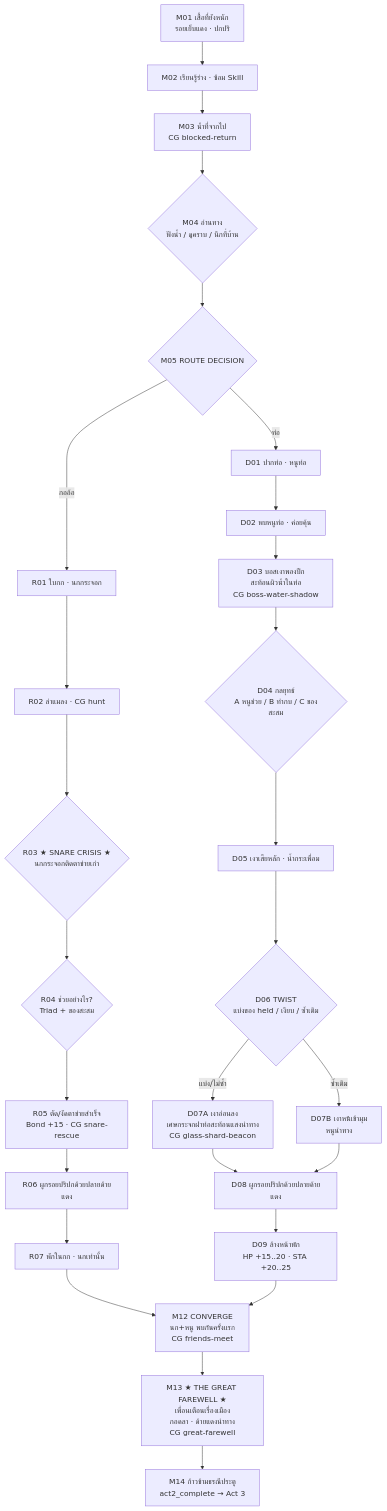
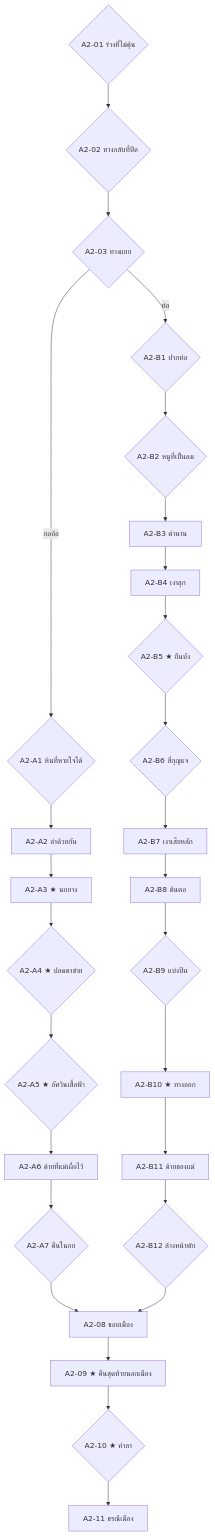
One commit to T3thr/JaoKob changed the diagram in docs/design-system/act2-living-keepsake-rewrite-blueprint.md. Above: the diagram before and after it, drawn with Mermaid. The commit also changed other lines of this file and 12 other files, not shown here.

````diff
--- a/docs/design-system/act2-living-keepsake-rewrite-blueprint.md
+++ b/docs/design-system/act2-living-keepsake-rewrite-blueprint.md
@@ -60,33 +56,15 @@
 ```mermaid
 flowchart TD
-  M01["M01 เสื้อที่ยังหนัก<br/>รอยเย็บแดง · ปกปริ"] --> M02["M02 เรียนรู้ร่าง · ซ้อม Skill"]
-  M02 --> M03["M03 น้ำที่จากไป<br/>CG blocked-return"]
-  M03 --> M04{"M04 อ่านทาง<br/>ฟังน้ำ / ดูคราบ / นึกที่บ้าน"}
-  M04 --> M05{"M05 ROUTE DECISION"}
-
-  M05 -->|กออ้อ| R01["R01 ใบกก · นกกระจอก"]
-  M05 -->|ท่อ| D01["D01 ปากท่อ · หนูท่อ"]
-
-  R01 --> R02["R02 ล่าแมลง · CG hunt"]
-  R02 --> R03{"R03 ★ SNARE CRISIS ★<br/>นกกระจอกติดตาข่ายเก่า"}
-  R03 --> R04{"R04 ช่วยอย่างไร?<br/>Triad + ของสะสม"}
-  R04 --> R05["R05 ตัด/งัดตาข่ายสำเร็จ<br/>Bond +15 · CG snare-rescue"]
-  R05 --> R06["R06 ผูกรอยปริปกด้วยปลายด้ายแดง"]
-  R06 --> R07["R07 พักในกก · นกเท่านั้น"]
-  R07 --> M12
-
-  D01 --> D02["D02 พบหนูท่อ · ค่อยคุ้น"]
-  D02 --> D03["D03 บอสเงาพองปีก<br/>สะท้อนผิวน้ำในท่อ<br/>CG boss-water-shadow"]
-  D03 --> D04{"D04 กลยุทธ์<br/>A หนูช่วย / B ท่ากบ / C ของสะสม"}
-  D04 --> D05["D05 เงาเสียหลัก · น้ำกระเพื่อม"]
-  D05 --> D06{"D06 TWIST<br/>แบ่งของ held / เงียบ / ซ้ำเติม"}
-  D06 -->|แบ่ง/ไม่ซ้ำ| D07A["D07A เงาอ่อนลง<br/>เศษกระจกฝาท่อสะท้อนแสงนำทาง<br/>CG glass-shard-beacon"]
-  D06 -->|ซ้ำเติม| D07B["D07B เงาหนีเข้ามุม<br/>หนูนำทาง"]
-  D07A --> D08["D08 ผูกรอยปริปกด้วยปลายด้ายแดง"]
-  D07B --> D08
-  D08 --> D09["D09 ล้างหน้าพัก<br/>HP +15..20 · STA +20..25"]
-  D09 --> M12
-
-  M12["M12 CONVERGE<br/>นก+หนู พบกันครั้งแรก<br/>CG friends-meet"] --> M13["M13 ★ THE GREAT FAREWELL ★<br/>เพื่อนเตือนเรื่องเมือง<br/>กอดลา · ด้ายแดงนำทาง<br/>CG great-farewell"]
-  M13 --> M14["M14 ก้าวข้ามธรณีประตู<br/>act2_complete → Act 3"]
+  A01{"A2-01 ร่างที่ไม่คุ้น"} --> A02{"A2-02 ทางกลับที่ปิด"} --> A03{"A2-03 ทางแยก"}
+  A03 -->|กออ้อ| RA1{"A2-A1 หินที่หายใจได้"}
+  RA1 --> RA2["A2-A2 ล่าด้วยกัน"] --> RA3["A2-A3 ★ นกยาง"] --> RA4{"A2-A4 ★ ปลดตาข่าย"}
+  RA4 --> RA5{"A2-A5 ★ อัศวินเสื้อฟ้า"} --> RA6["A2-A6 ด้ายที่แม่เผื่อไว้"] --> RA7{"A2-A7 คืนในกก"}
+  A03 -->|ท่อ| RB1{"A2-B1 ปากท่อ"}
+  RB1 --> RB2{"A2-B2 หนูที่เป็นลม"} --> RB3["A2-B3 ตำนาน"] --> RB4["A2-B4 เงาลุก"]
+  RB4 --> RB5{"A2-B5 ★ ยืนบัง"} --> RB6{"A2-B6 สี่กุญแจ"} --> RB7["A2-B7 เงาเสียหลัก"]
+  RB7 --> RB8["A2-B8 ต้นตอ"] --> RB9{"A2-B9 แบ่งปัน"} --> RB10["A2-B10 ★ ทางออก"]
+  RB10 --> RB11["A2-B11 ด้ายของแม่"] --> RB12{"A2-B12 ล้างหน้าพัก"}
+  RA7 --> M08["A2-08 ขอบเมือง"]
+  RB12 --> M08
+  M08 --> M09["A2-09 ★ คืนสุดท้ายนอกเมือง"] --> M10{"A2-10 ★ คำลา"} --> M11["A2-11 ธรณีเมือง"]
 ```
````
